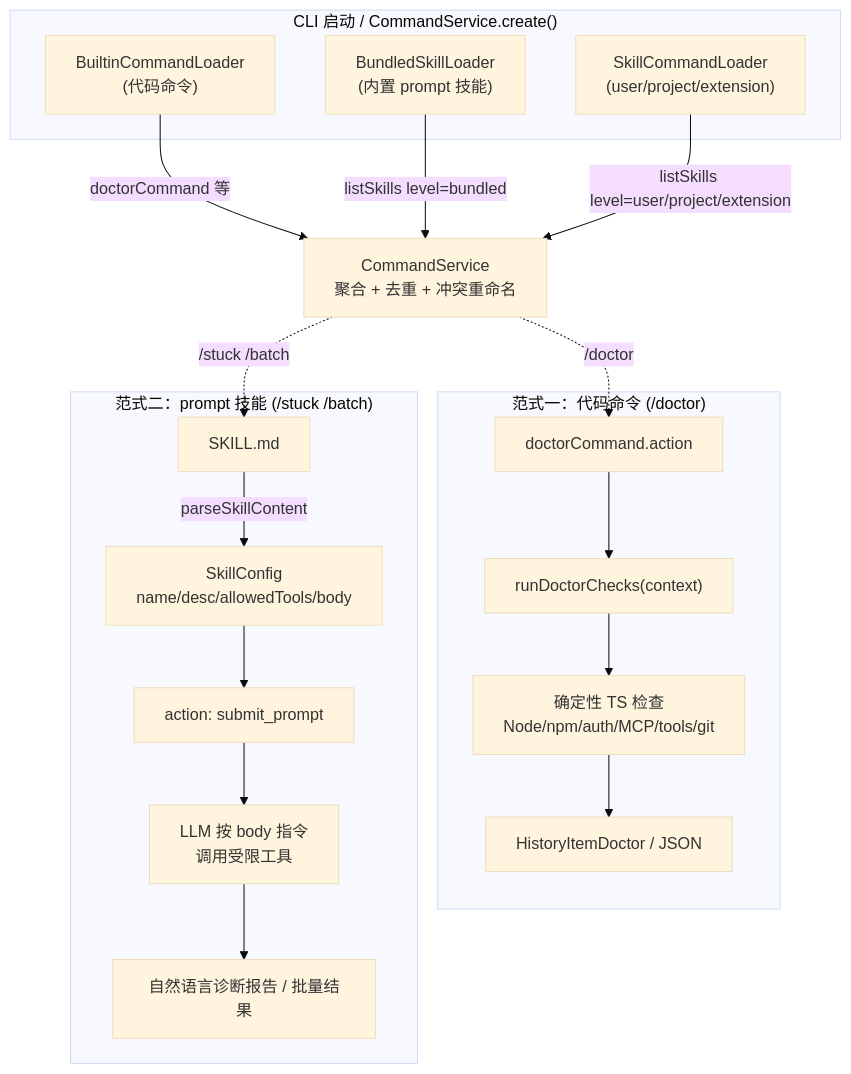
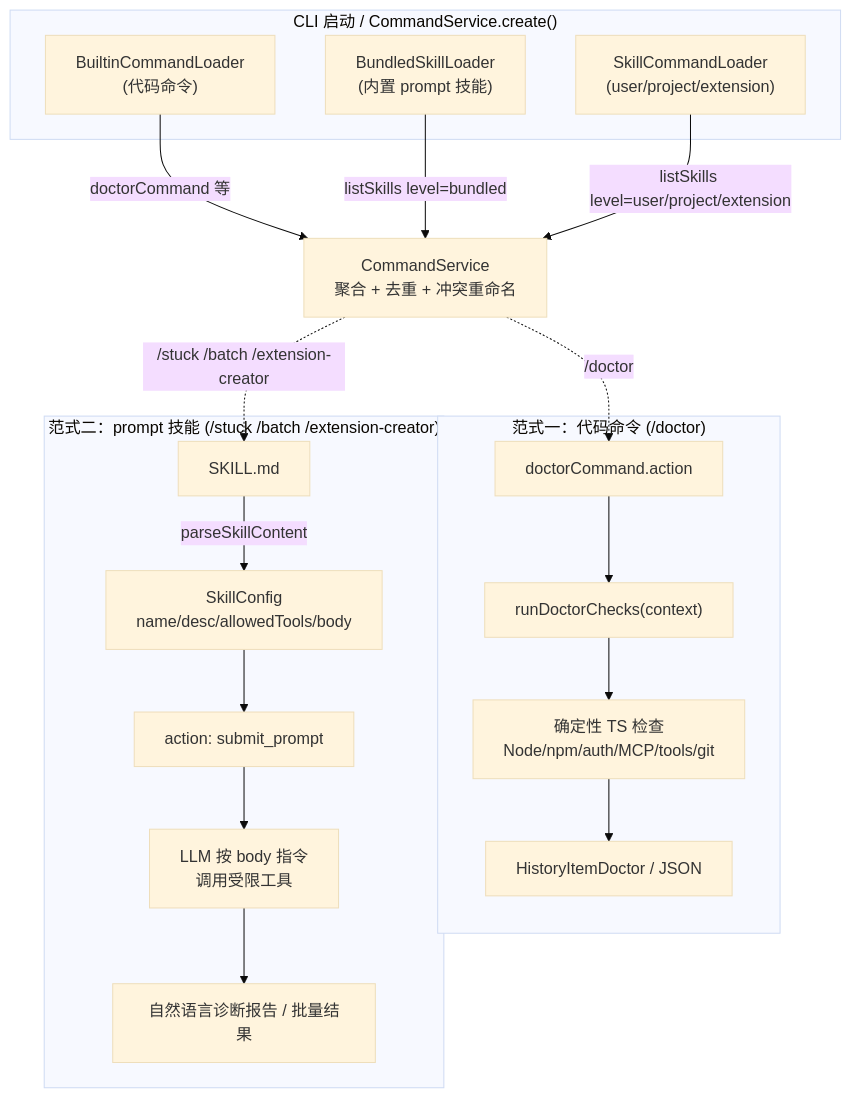
The first of 3 diagrams in qwen-code/feature/diagnostic-skills.md (doudouOUC/code_agent), drawn with Mermaid (base theme) before and after one commit. The commit also changed other lines of this file and 8 other files, not shown here.

````diff
--- a/qwen-code/feature/diagnostic-skills.md
+++ b/qwen-code/feature/diagnostic-skills.md
@@ -77,28 +106,28 @@
 ```mermaid
 flowchart TD
   subgraph Startup["CLI 启动 / CommandService.create()"]
     L1["BuiltinCommandLoader<br/>(代码命令)"]
     L2["BundledSkillLoader<br/>(内置 prompt 技能)"]
     L3["SkillCommandLoader<br/>(user/project/extension)"]
   end
 
   L1 -->|doctorCommand 等| CS["CommandService<br/>聚合 + 去重 + 冲突重命名"]
   L2 -->|listSkills level=bundled| CS
   L3 -->|listSkills level=user/project/extension| CS
 
   subgraph Paradigm1["范式一：代码命令 (/doctor)"]
     DC["doctorCommand.action"] --> RDC["runDoctorChecks(context)"]
     RDC --> DET["确定性 TS 检查<br/>Node/npm/auth/MCP/tools/git"]
     DET --> OUT1["HistoryItemDoctor / JSON"]
   end
 
-  subgraph Paradigm2["范式二：prompt 技能 (/stuck /batch)"]
+  subgraph Paradigm2["范式二：prompt 技能 (/stuck /batch /extension-creator)"]
     SK["SKILL.md"] -->|parseSkillContent| CFG["SkillConfig<br/>name/desc/allowedTools/body"]
     CFG --> ACT["action: submit_prompt"]
     ACT --> LLM["LLM 按 body 指令<br/>调用受限工具"]
     LLM --> OUT2["自然语言诊断报告 / 批量结果"]
   end
 
   CS -.->|/doctor| DC
-  CS -.->|/stuck /batch| SK
+  CS -.->|/stuck /batch /extension-creator| SK
 ```
````
